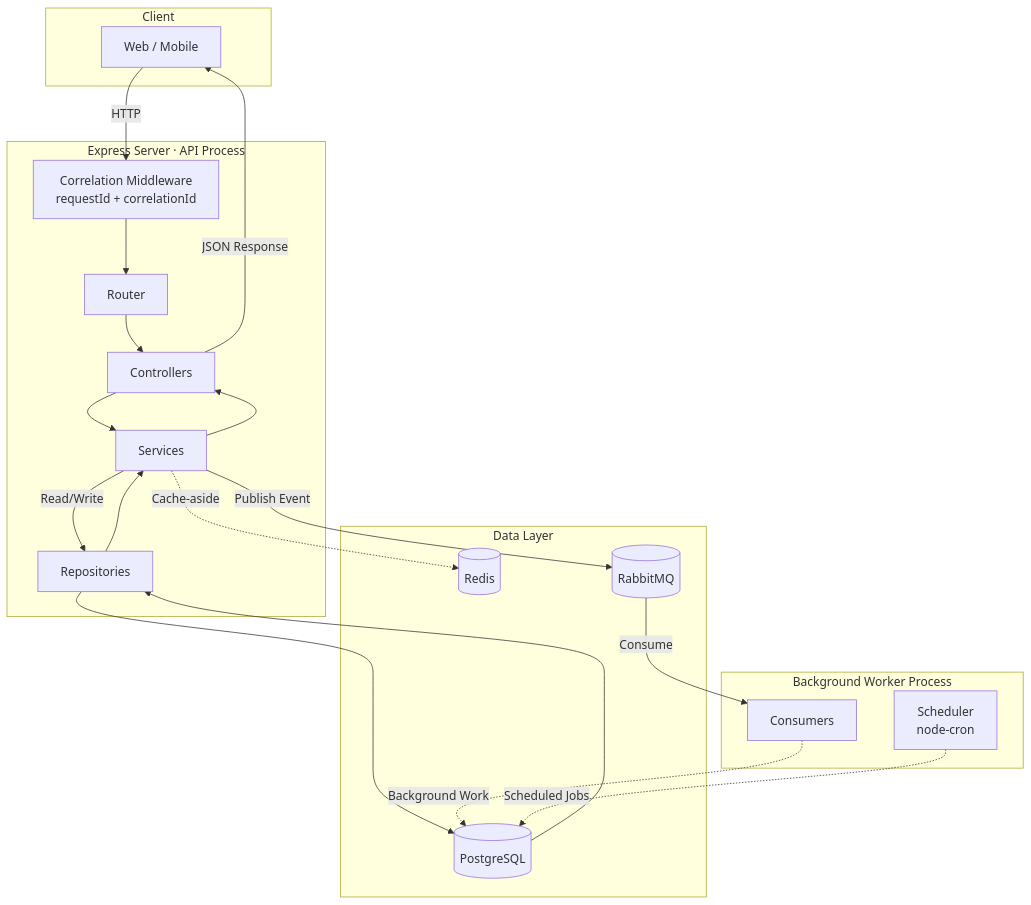
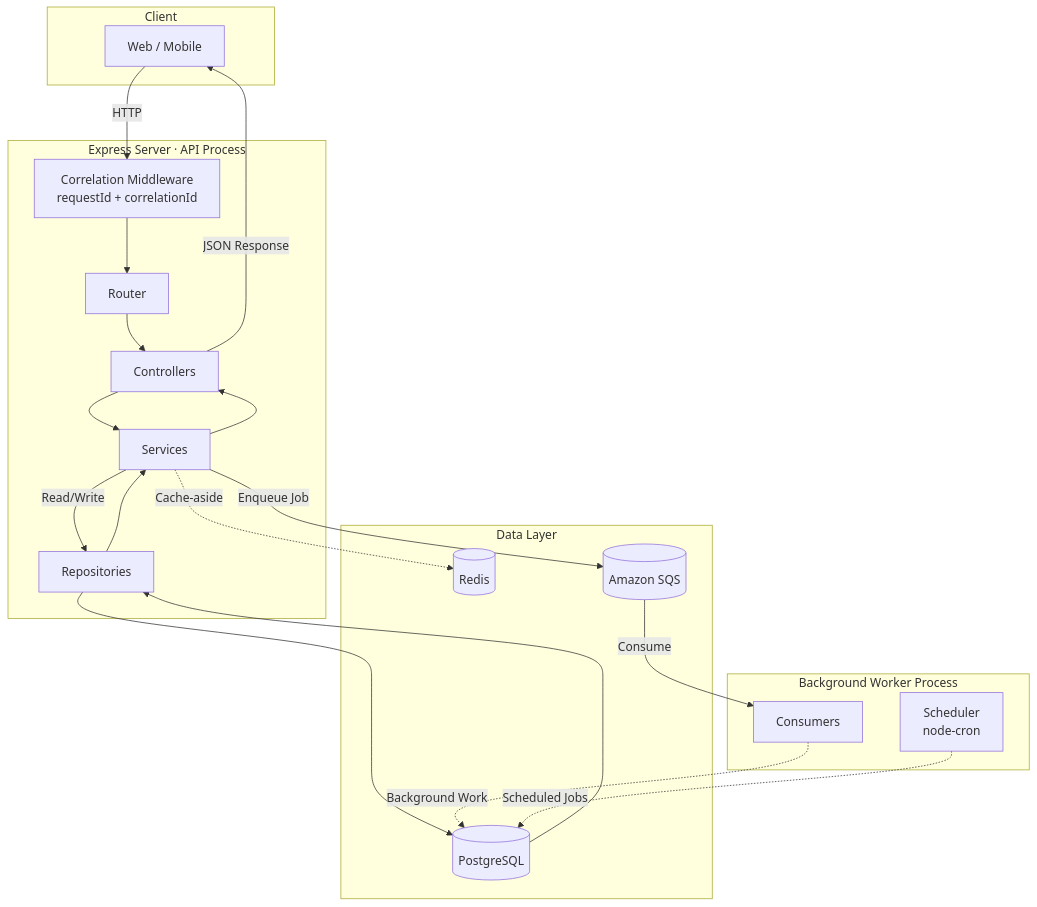
Before and after one commit to FORHU/all-in-one-v2-api: the first of 2 diagrams in README.md, drawn with Mermaid. The commit also changed other lines of this file and 51 other files, not shown here.

Commit message:
feat: amazon sqs

````diff
--- a/README.md
+++ b/README.md
@@ -51,36 +51,36 @@
 ```mermaid
 graph TD
     subgraph CLIENT ["Client"]
         C[Web / Mobile]
     end
 
     subgraph API ["Express Server · API Process"]
         MW[Correlation Middleware\nrequestId + correlationId]
         R[Router]
         CTR[Controllers]
         SVC[Services]
         REPO[Repositories]
     end
 
     subgraph WORKERS ["Background Worker Process"]
         CONS[Consumers]
         SCHED[Scheduler\nnode-cron]
     end
 
     subgraph DATA ["Data Layer"]
         DB[(PostgreSQL)]
         RED[(Redis)]
-        RMQ[(RabbitMQ)]
+        RMQ[(Amazon SQS)]
     end
 
     C -->|HTTP| MW --> R --> CTR --> SVC
     SVC -->|Read/Write| REPO --> DB
     SVC -.->|Cache-aside| RED
-    SVC -->|Publish Event| RMQ
+    SVC -->|Enqueue Job| RMQ
 
     RMQ -->|Consume| CONS
     CONS -.->|Background Work| DB
     SCHED -.->|Scheduled Jobs| DB
 
     DB --> REPO --> SVC --> CTR -->|JSON Response| C
 ```
````
